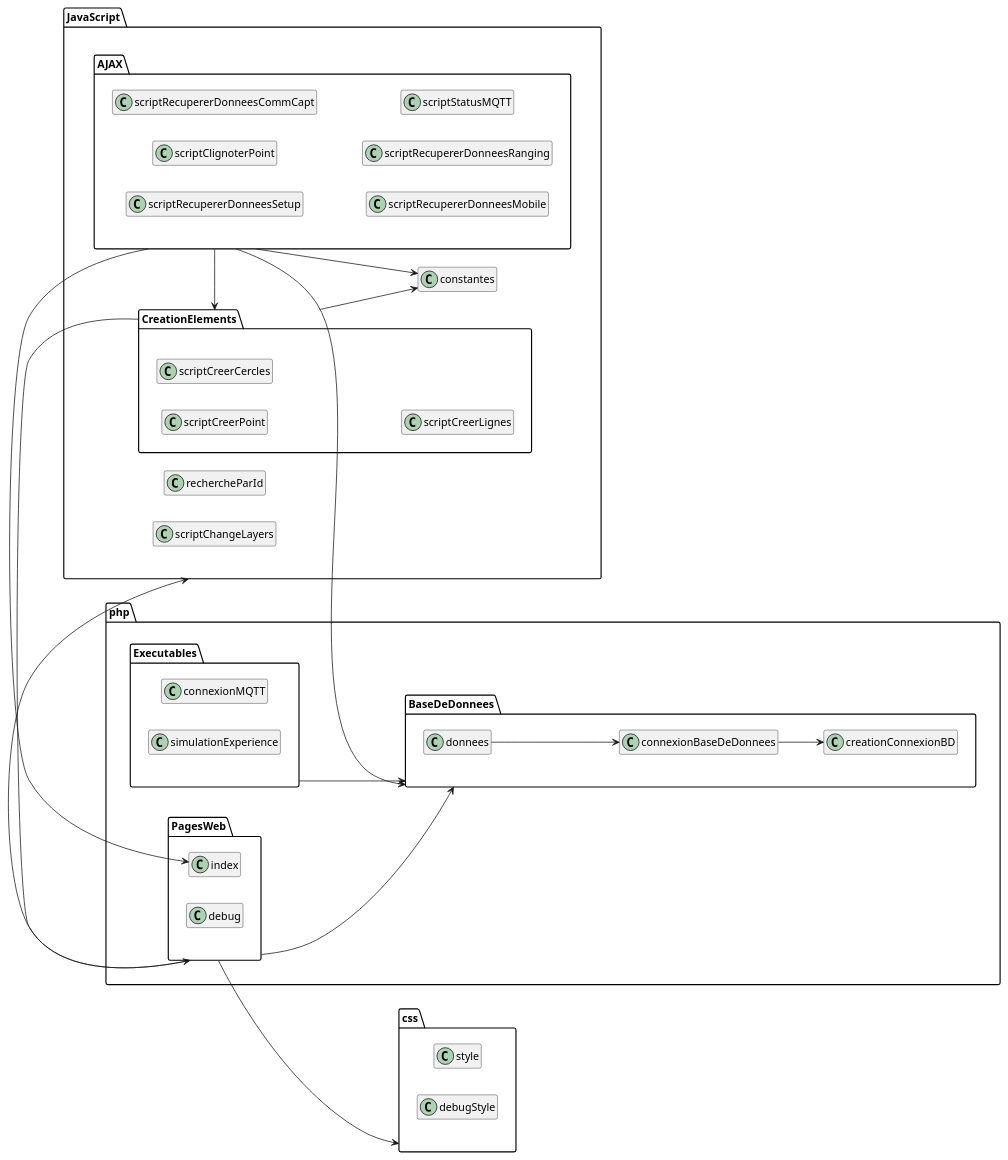
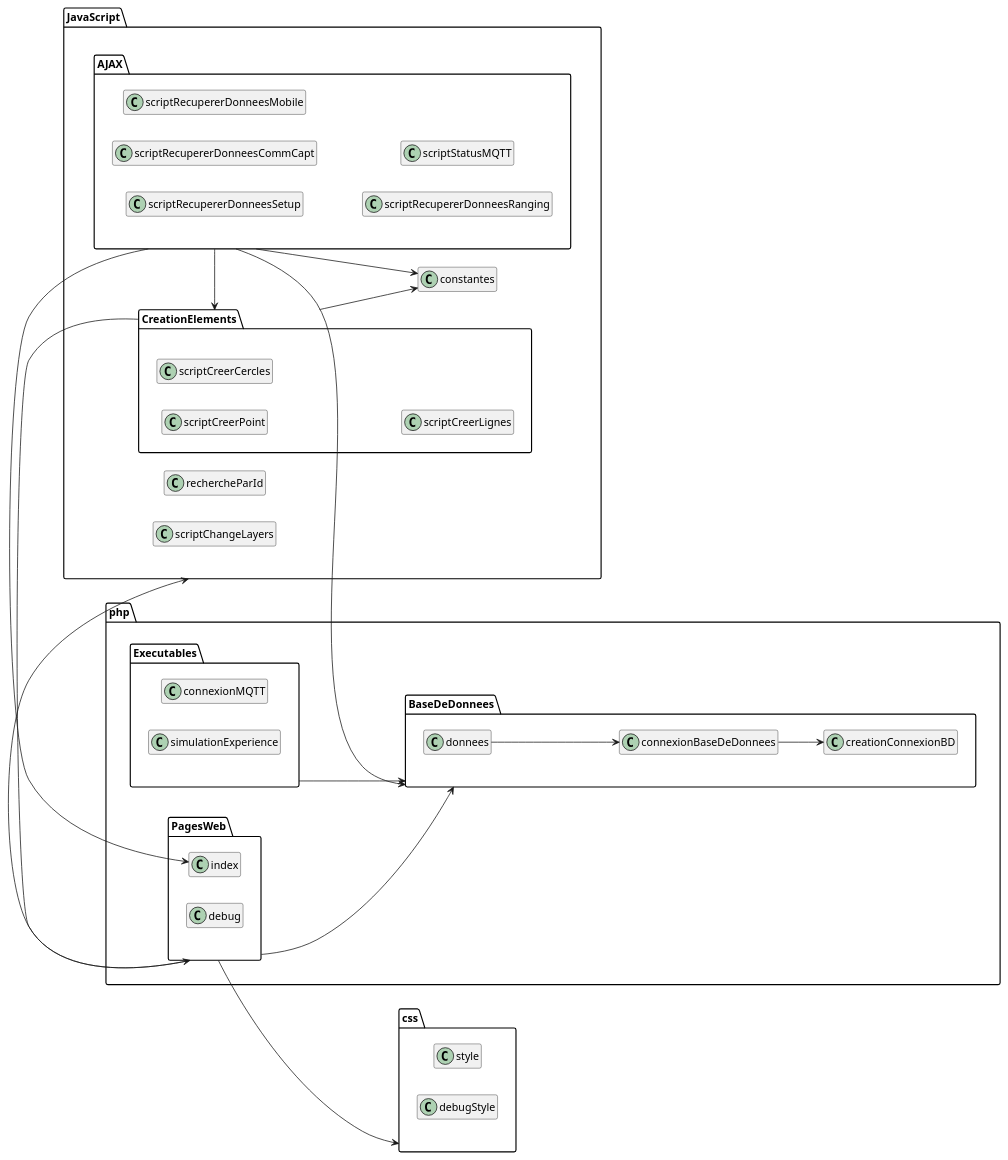
One commit to IUT-Blagnac/SAE-ALT-S3-Dev-23-24-LocURa-Equipe-3A04 changed the diagram in Doc/srcPlantUml/Diagramme de classe locur4iot V3 Simplifié.wsd. Above: the diagram before and after it, drawn with PlantUML. The commit also changed 4 other files, not shown here.

```diff
--- a/Doc/srcPlantUml/Diagramme de classe locur4iot V3 Simplifié.wsd
+++ b/Doc/srcPlantUml/Diagramme de classe locur4iot V3 Simplifié.wsd
@@ -1,67 +1,66 @@
 @startuml Diagramme de classe locur4iot
 
 left to right direction
 
 package php {
     package BaseDeDonnees {
         class creationConnexionBD
         class connexionBaseDeDonnees 
         class donnees
     }
     
     package PagesWeb {
         class index
         class debug
     }
 
     package Executables {
         class connexionMQTT 
         class simulationExperience 
     }
 }
 
 package css {
     class style 
     class debugStyle
 }
 
 package JavaScript {
     class constantes 
     class rechercheParId 
     class scriptChangeLayers 
 
     package AJAX {
         class scriptRecupererDonneesSetup 
-        class scriptClignoterPoint 
         class scriptRecupererDonneesCommCapt
         class scriptRecupererDonneesMobile 
         class scriptRecupererDonneesRanging 
         class scriptStatusMQTT
     }
 
     package CreationElements {
         class scriptCreerPoint 
         class scriptCreerCercles 
         class scriptCreerLignes 
     }
 }
 
 PagesWeb --> css
 PagesWeb --> JavaScript
 PagesWeb --> BaseDeDonnees
 
 connexionBaseDeDonnees --> creationConnexionBD
 donnees --> connexionBaseDeDonnees
 
 Executables --> BaseDeDonnees
 
 CreationElements -> constantes
 CreationElements -> PagesWeb
 
 AJAX -> index
 AJAX -> BaseDeDonnees
 AJAX --> constantes
 AJAX -> CreationElements
 
 hide members
 @enduml
```
